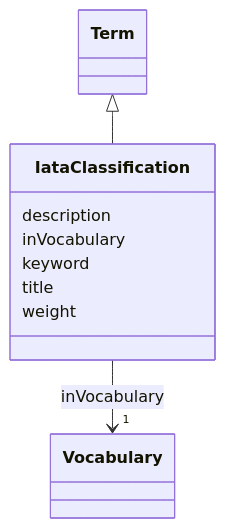
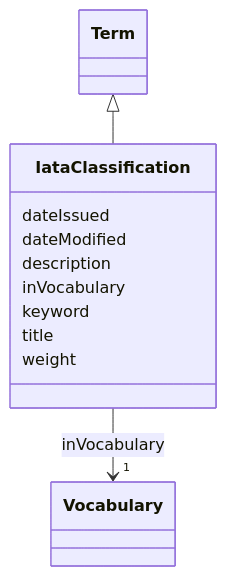
The diagram in models/docs/IataClassification.md (EVORA-project/evora-ontology), drawn with Mermaid before and after one commit. The commit also changed other lines of this file and 377 other files, not shown here.

````diff
--- a/models/docs/IataClassification.md
+++ b/models/docs/IataClassification.md
@@ -19,26 +19,30 @@
 ```mermaid
  classDiagram
     class IataClassification
     click IataClassification href "../IataClassification"
       Term <|-- IataClassification
         click Term href "../Term"
       
+      IataClassification : dateIssued
+        
+      IataClassification : dateModified
+        
       IataClassification : description
         
       IataClassification : inVocabulary
         
           
     
     
     IataClassification --> "1" Vocabulary : inVocabulary
     click Vocabulary href "../Vocabulary"
 
         
       IataClassification : keyword
         
       IataClassification : title
         
       IataClassification : weight
         
       
 ```
````
